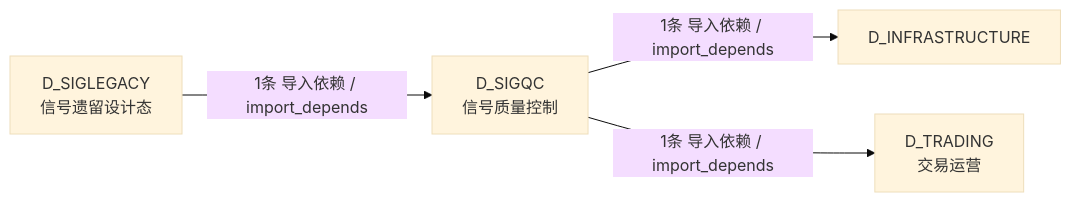
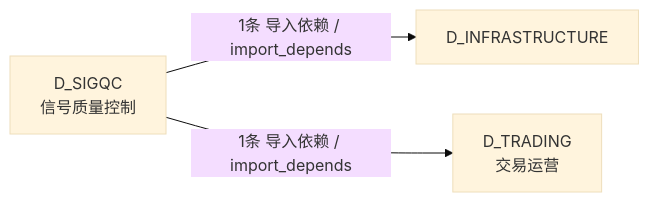
The third of 3 diagrams in docs/02_enterprise_architecture/02_domain_architecture_docs/56_d_sigqc.md (xuanFelixVan/ZephyrAlpha), drawn with Mermaid (base theme) before and after one commit. The commit also changed other lines of this file and 126 other files, not shown here.

````diff
--- a/docs/02_enterprise_architecture/02_domain_architecture_docs/56_d_sigqc.md
+++ b/docs/02_enterprise_architecture/02_domain_architecture_docs/56_d_sigqc.md
@@ -162,10 +137,8 @@
 ```mermaid
 graph LR
     D_SIGQC["D_SIGQC<br/>信号质量控制"]
     D_INFRASTRUCTURE["D_INFRASTRUCTURE"]
     D_TRADING["D_TRADING<br/>交易运营"]
-    D_SIGLEGACY["D_SIGLEGACY<br/>信号遗留设计态"]
     D_SIGQC -->|1条 导入依赖 / import_depends| D_INFRASTRUCTURE
     D_SIGQC -->|1条 导入依赖 / import_depends| D_TRADING
-    D_SIGLEGACY -->|1条 导入依赖 / import_depends| D_SIGQC
 ```
````
